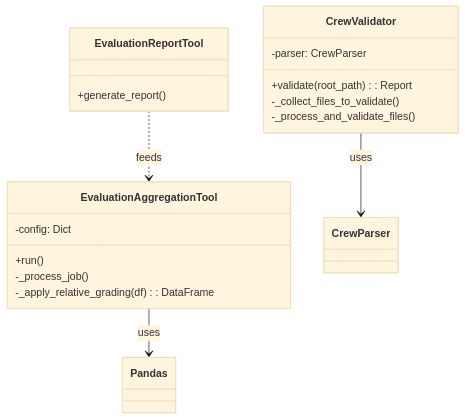
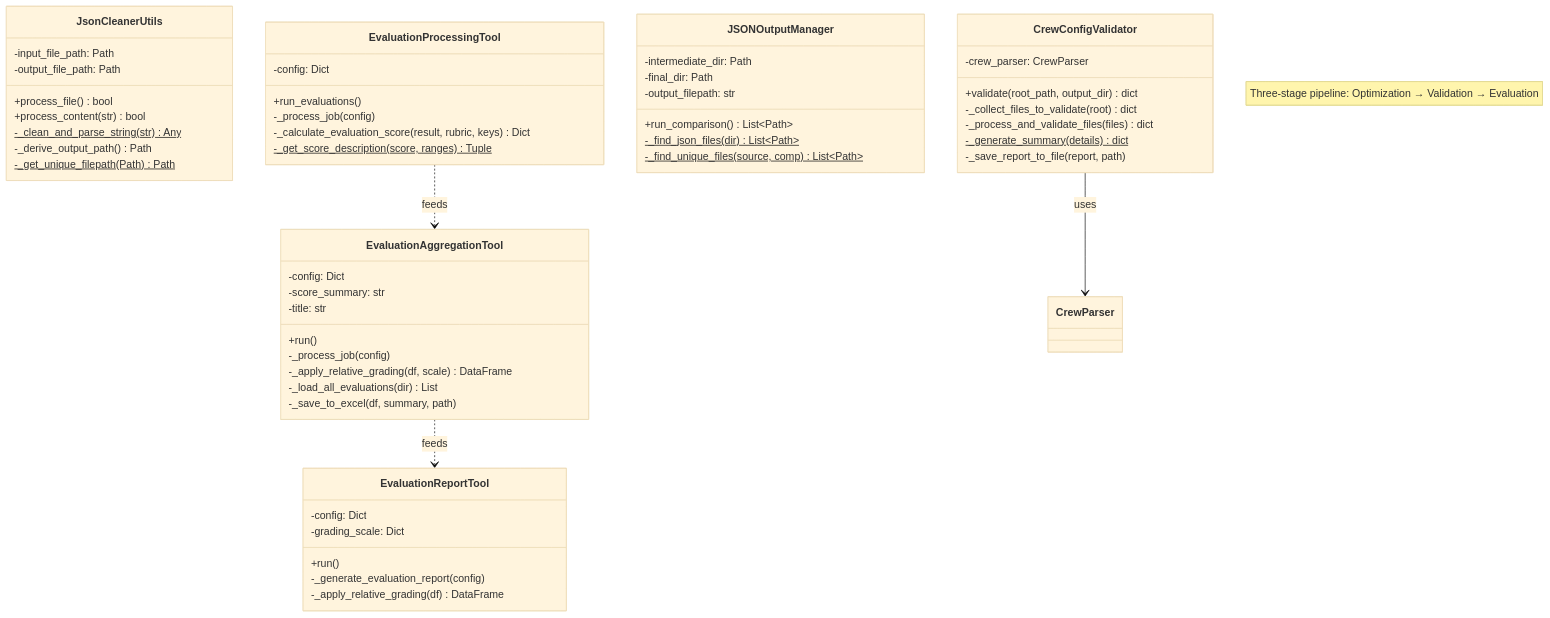
The second of 5 diagrams in docs/paper/modules/output_process/architecture.md (NikhilVijayakumar/Amsha), drawn with Mermaid before and after one commit. The commit also changed other lines of this file and 24 other files, not shown here.

````diff
--- a/docs/paper/modules/output_process/architecture.md
+++ b/docs/paper/modules/output_process/architecture.md
@@ -9,25 +60,64 @@
 ```mermaid
 %%{init: {'theme': 'base'}}%%
 classDiagram
+    note "Three-stage pipeline: Optimization → Validation → Evaluation"
+
+    class JsonCleanerUtils {
+        -input_file_path: Path
+        -output_file_path: Path
+        +process_file() bool
+        +process_content(str) bool
+        -_clean_and_parse_string(str)$ Any
+        -_derive_output_path() Path
+        -_get_unique_filepath(Path)$ Path
+    }
+
+    class CrewConfigValidator {
+        -crew_parser: CrewParser
+        +validate(root_path, output_dir) dict
+        -_collect_files_to_validate(root) dict
+        -_process_and_validate_files(files) dict
+        -_generate_summary(details)$ dict
+        -_save_report_to_file(report, path)
+    }
+
+    class JSONOutputManager {
+        -intermediate_dir: Path
+        -final_dir: Path
+        -output_filepath: str
+        +run_comparison() List~Path~
+        -_find_json_files(dir)$ List~Path~
+        -_find_unique_files(source, comp)$ List~Path~
+    }
+
+    class EvaluationProcessingTool {
+        -config: Dict
+        +run_evaluations()
+        -_process_job(config)
+        -_calculate_evaluation_score(result, rubric, keys) Dict
+        -_get_score_description(score, ranges)$ Tuple
+    }
+
     class EvaluationAggregationTool {
         -config: Dict
+        -score_summary: str
+        -title: str
         +run()
-        -_process_job()
-        -_apply_relative_grading(df): DataFrame
-    }
-
-    class CrewValidator {
-        -parser: CrewParser
-        +validate(root_path): Report
-        -_collect_files_to_validate()
-        -_process_and_validate_files()
+        -_process_job(config)
+        -_apply_relative_grading(df, scale) DataFrame
+        -_load_all_evaluations(dir) List
+        -_save_to_excel(df, summary, path)
     }
 
     class EvaluationReportTool {
-        +generate_report()
+        -config: Dict
+        -grading_scale: Dict
+        +run()
+        -_generate_evaluation_report(config)
+        -_apply_relative_grading(df) DataFrame
     }
 
-    EvaluationAggregationTool --> Pandas : uses
-    CrewValidator --> CrewParser : uses
-    EvaluationReportTool ..> EvaluationAggregationTool : feeds
+    EvaluationProcessingTool ..> EvaluationAggregationTool : feeds
+    EvaluationAggregationTool ..> EvaluationReportTool : feeds
+    CrewConfigValidator --> CrewParser : uses
 ```
````
